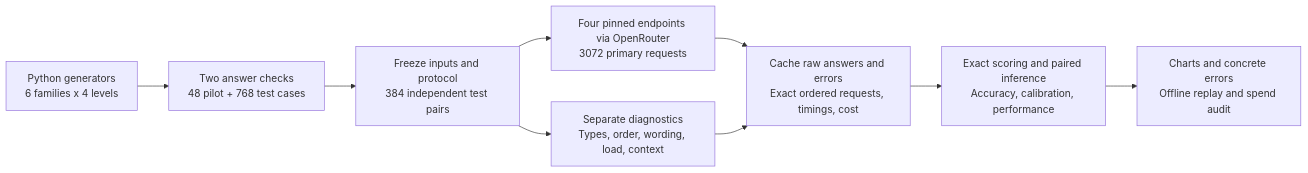
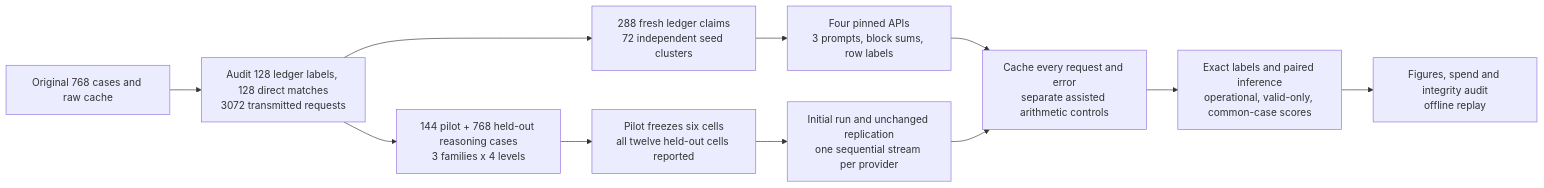
One commit to k-sandhu/experiment-notebooks changed the first of 2 diagrams in notebooks/18-decisions-api-comparison/README.md. Above: the diagram before and after it, drawn with Mermaid. The commit also changed other lines of this file and 51 other files, not shown here.

Commit message:
Investigate ledger arithmetic and replace ceiling benchmarks in experiment 18

````diff
--- a/notebooks/18-decisions-api-comparison/README.md
+++ b/notebooks/18-decisions-api-comparison/README.md
@@ -56,11 +104,13 @@
 ```mermaid
 flowchart LR
- G["Python generators<br/>6 families x 4 levels"] --> V["Two answer checks<br/>48 pilot + 768 test cases"]
- V --> F["Freeze inputs and protocol<br/>384 independent test pairs"]
- F --> M["Four pinned endpoints via OpenRouter<br/>3072 primary requests"]
- M --> C["Cache raw answers and errors<br/>Exact ordered requests, timings, cost"]
- F --> D["Separate diagnostics<br/>Types, order, wording, load, context"]
- D --> C
- C --> S["Exact scoring and paired inference<br/>Accuracy, calibration, performance"]
- S --> R["Charts and concrete errors<br/>Offline replay and spend audit"]
+ O["Original 768 cases and raw cache"] --> A["Audit 128 ledger labels, 128 direct matches<br/>3072 transmitted requests"]
+ A --> L["288 fresh ledger claims<br/>72 independent seed clusters"]
+ A --> B["144 pilot + 768 held-out reasoning cases<br/>3 families x 4 levels"]
+ L --> M["Four pinned APIs<br/>3 prompts, block sums, row labels"]
+ B --> P["Pilot freezes six cells<br/>all twelve held-out cells reported"]
+ P --> R["Initial run and unchanged replication<br/>one sequential stream per provider"]
+ M --> C["Cache every request and error<br/>separate assisted arithmetic controls"]
+ R --> C
+ C --> S["Exact labels and paired inference<br/>operational, valid-only, common-case scores"]
+ S --> V["Figures, spend and integrity audit<br/>offline replay"]
 ```
````
